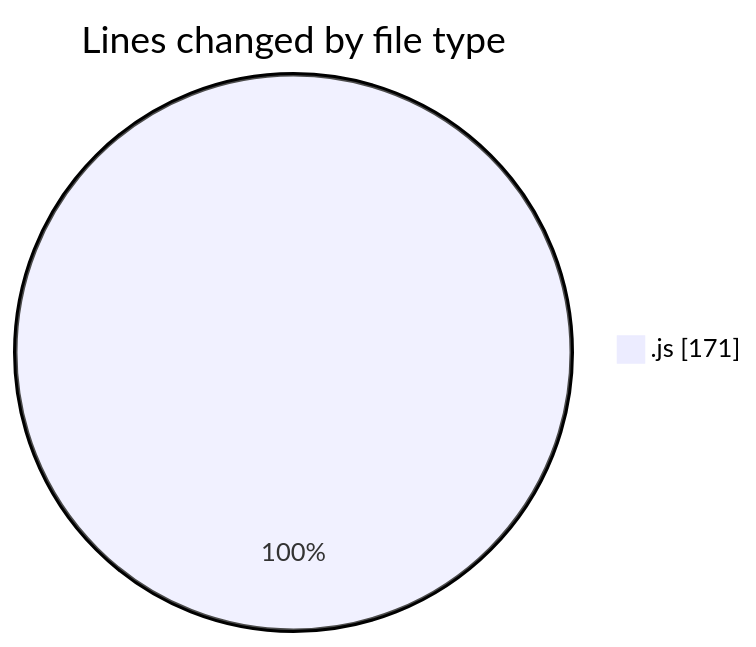
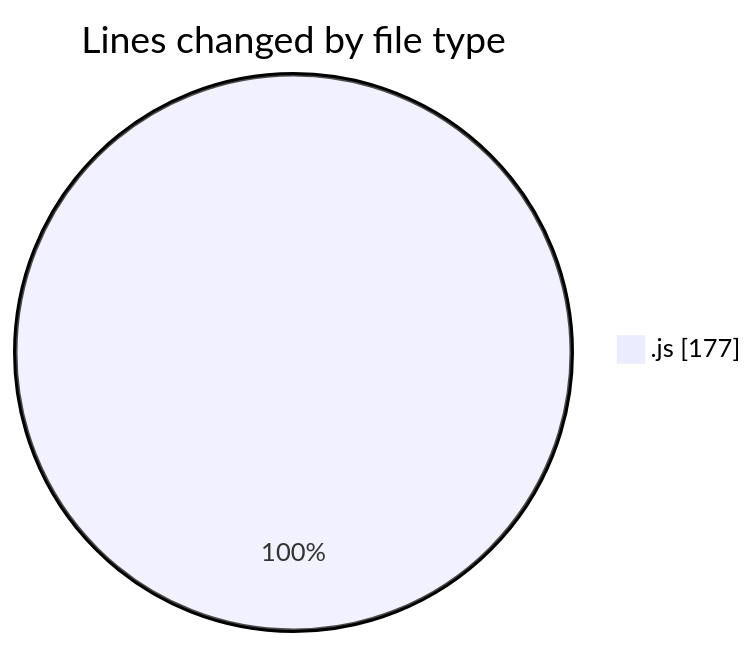
The first of 2 diagrams in 2025-03-04/simulador-serial/README.md (robertbonfada/code-tracking), drawn with Mermaid before and after one commit. The commit also changed other lines of this file and 1 other file, not shown here.

````diff
--- a/2025-03-04/simulador-serial/README.md
+++ b/2025-03-04/simulador-serial/README.md
@@ -20,5 +20,5 @@
 ```mermaid
 pie showData
 title Lines changed by file type
-".js" : 171
+".js" : 177
 ```
````
